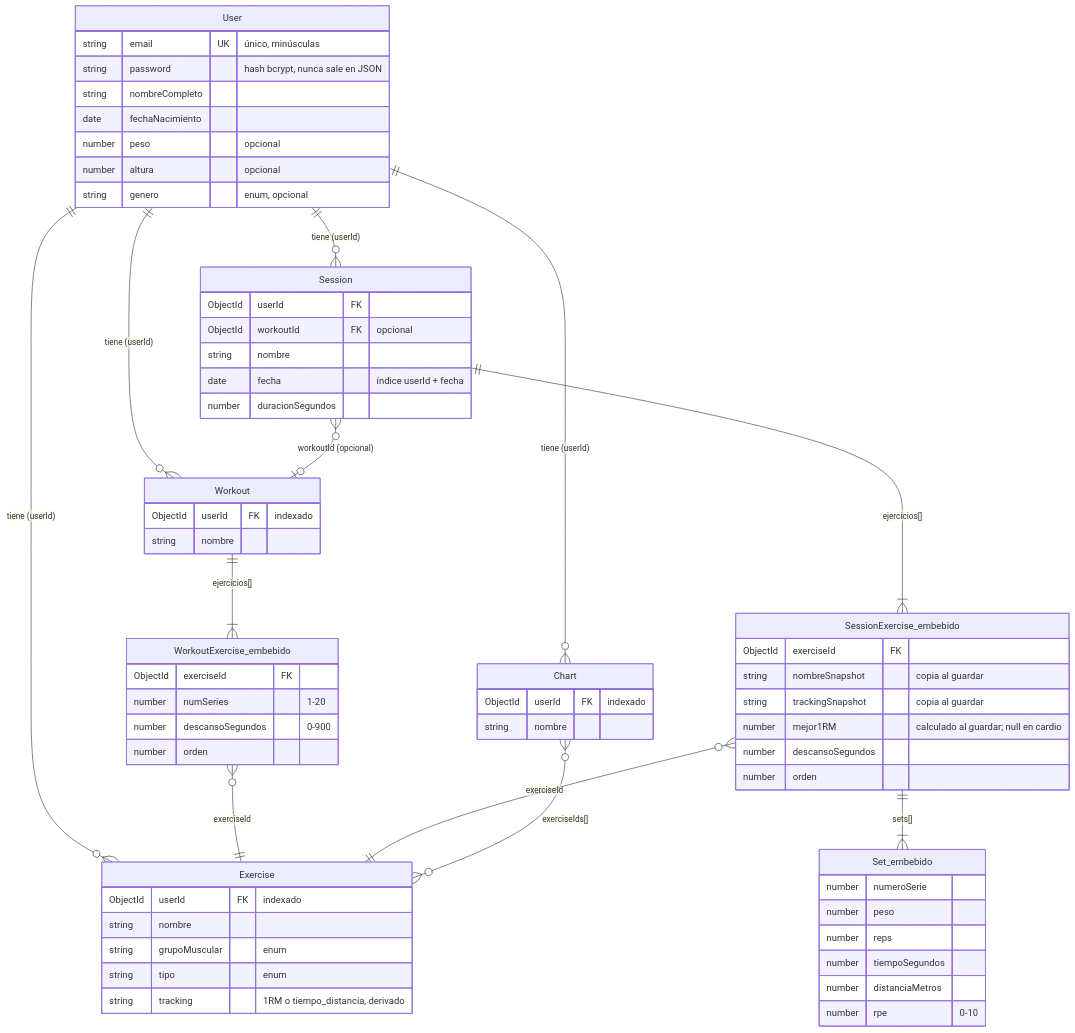
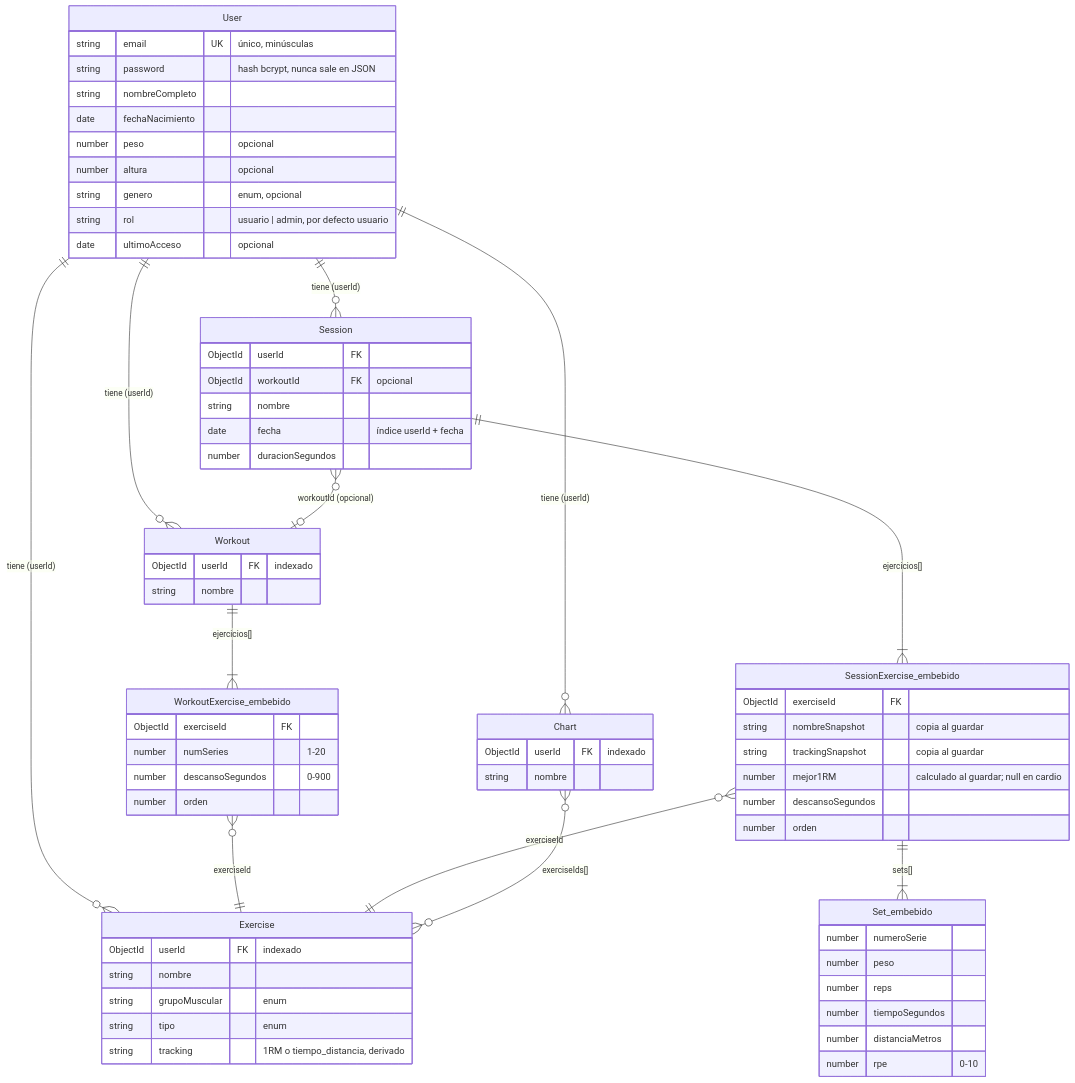
Before and after one commit to daviddhernandez2/yieldfit: the first of 5 diagrams in docs/modelo-datos.md, drawn with Mermaid. The commit also changed other lines of this file and 5 other files, not shown here.

Commit message:
feat(auth): añade el rol de admin y el último acceso

````diff
--- a/docs/modelo-datos.md
+++ b/docs/modelo-datos.md
@@ -13,70 +13,72 @@
 ```mermaid
 erDiagram
     User ||--o{ Exercise : "tiene (userId)"
     User ||--o{ Workout : "tiene (userId)"
     User ||--o{ Session : "tiene (userId)"
     User ||--o{ Chart : "tiene (userId)"
 
     Workout ||--|{ WorkoutExercise_embebido : "ejercicios[]"
     Session ||--|{ SessionExercise_embebido : "ejercicios[]"
     SessionExercise_embebido ||--|{ Set_embebido : "sets[]"
 
     WorkoutExercise_embebido }o--|| Exercise : "exerciseId"
     SessionExercise_embebido }o--|| Exercise : "exerciseId"
     Session }o--o| Workout : "workoutId (opcional)"
     Chart }o--o{ Exercise : "exerciseIds[]"
 
     User {
         string email UK "único, minúsculas"
         string password "hash bcrypt, nunca sale en JSON"
         string nombreCompleto
         date fechaNacimiento
         number peso "opcional"
         number altura "opcional"
         string genero "enum, opcional"
+        string rol "usuario | admin, por defecto usuario"
+        date ultimoAcceso "opcional"
     }
     Exercise {
         ObjectId userId FK "indexado"
         string nombre
         string grupoMuscular "enum"
         string tipo "enum"
         string tracking "1RM o tiempo_distancia, derivado"
     }
     Workout {
         ObjectId userId FK "indexado"
         string nombre
     }
     WorkoutExercise_embebido {
         ObjectId exerciseId FK
         number numSeries "1-20"
         number descansoSegundos "0-900"
         number orden
     }
     Session {
         ObjectId userId FK
         ObjectId workoutId FK "opcional"
         string nombre
         date fecha "índice userId + fecha"
         number duracionSegundos
     }
     SessionExercise_embebido {
         ObjectId exerciseId FK
         string nombreSnapshot "copia al guardar"
         string trackingSnapshot "copia al guardar"
         number mejor1RM "calculado al guardar; null en cardio"
         number descansoSegundos
         number orden
     }
     Set_embebido {
         number numeroSerie
         number peso
         number reps
         number tiempoSegundos
         number distanciaMetros
         number rpe "0-10"
     }
     Chart {
         ObjectId userId FK "indexado"
         string nombre
     }
 ```
````
